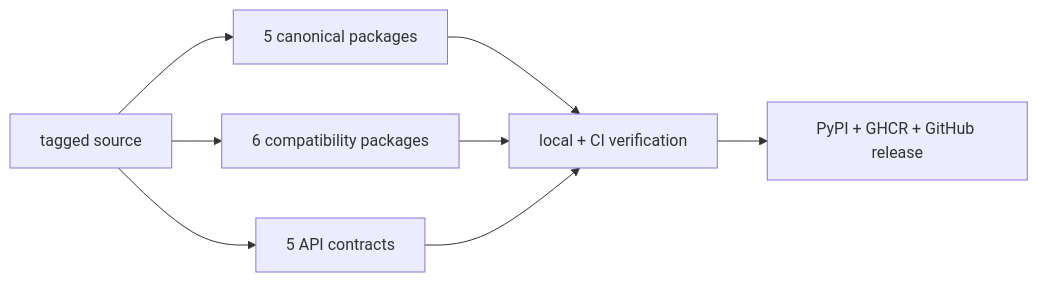
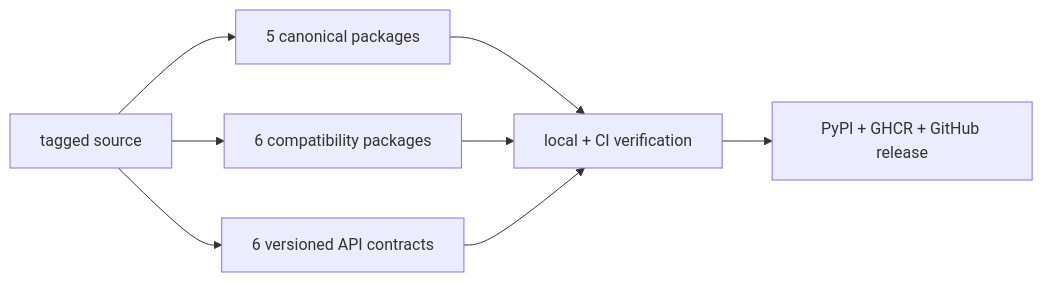
Before and after one commit to bijux/bijux-canon: the first of 3 diagrams in docs/01-bijux-canon/index.md, drawn with Mermaid. The commit also changed other lines of this file and 7 other files, not shown here.

````diff
--- a/docs/01-bijux-canon/index.md
+++ b/docs/01-bijux-canon/index.md
@@ -34,13 +35,13 @@
 ```mermaid
 flowchart LR
     source["tagged source"]
     canonical["5 canonical packages"]
     compat["6 compatibility packages"]
-    schemas["5 API contracts"]
+    schemas["6 versioned API contracts"]
     checks["local + CI verification"]
     releases["PyPI + GHCR + GitHub release"]
 
     source --> canonical --> checks --> releases
     source --> compat --> checks
     source --> schemas --> checks
 ```
````
